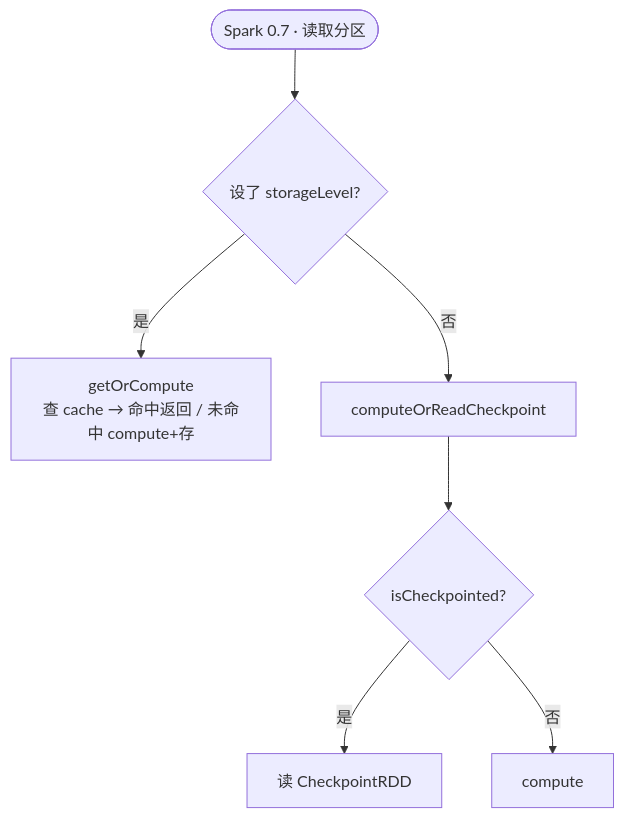
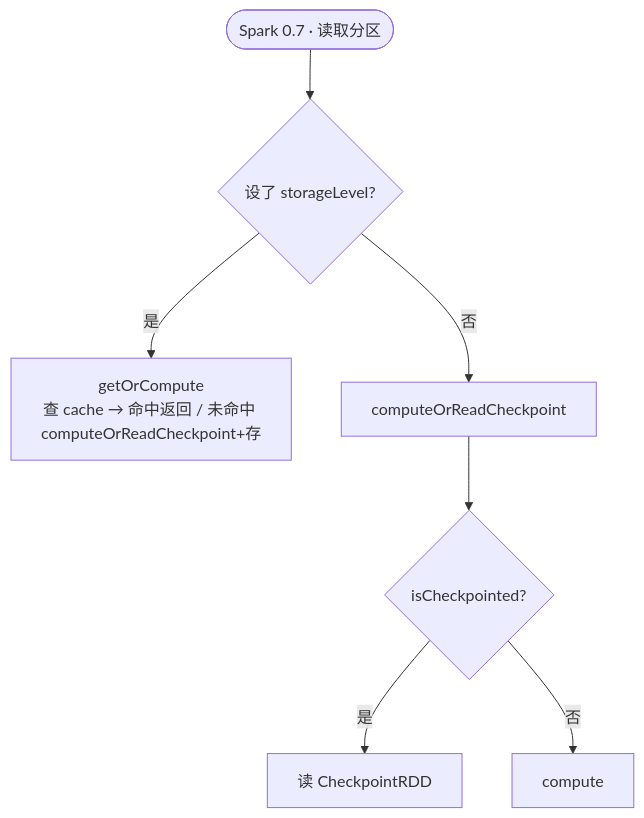
The fourth of 4 diagrams in content/docs/03-part3/ch13-real-spark.md (rchaocai/mini-spark), drawn with Mermaid before and after one commit. The commit also changed other lines of this file and 7 other files, not shown here.

````diff
--- a/content/docs/03-part3/ch13-real-spark.md
+++ b/content/docs/03-part3/ch13-real-spark.md
@@ -587,9 +586,9 @@
 ```mermaid
 flowchart TD
     A2([Spark 0.7 · 读取分区]) --> B2{设了 storageLevel?}
-    B2 -- 是 --> C2[getOrCompute<br/>查 cache → 命中返回 / 未命中 compute+存]
+    B2 -- 是 --> C2[getOrCompute<br/>查 cache → 命中返回 / 未命中 computeOrReadCheckpoint+存]
     B2 -- 否 --> D2[computeOrReadCheckpoint]
     D2 --> E2{isCheckpointed?}
     E2 -- 是 --> F2[读 CheckpointRDD]
     E2 -- 否 --> G2[compute]
 ```
````
